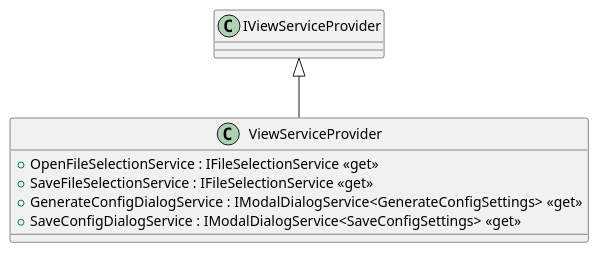
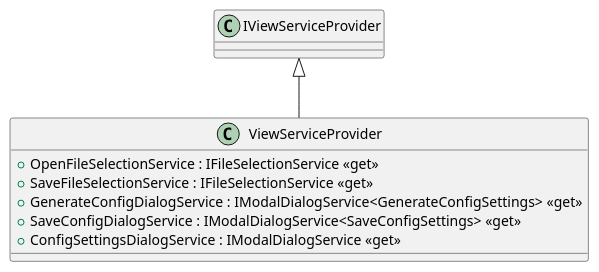
The diagram in Documents/uml/Services/ViewServiceProvider.puml (pierre3/CsvEditSharp), drawn with PlantUML before and after one commit. The commit also changed 9 other files, not shown here.

Commit message:
Update uml

```diff
--- a/Documents/uml/Services/ViewServiceProvider.puml
+++ b/Documents/uml/Services/ViewServiceProvider.puml
@@ -1,9 +1,10 @@
 @startuml
 class ViewServiceProvider {
     + OpenFileSelectionService : IFileSelectionService <<get>>
     + SaveFileSelectionService : IFileSelectionService <<get>>
     + GenerateConfigDialogService : IModalDialogService<GenerateConfigSettings> <<get>>
     + SaveConfigDialogService : IModalDialogService<SaveConfigSettings> <<get>>
+    + ConfigSettingsDialogService : IModalDialogService <<get>>
 }
 IViewServiceProvider <|-- ViewServiceProvider
 @enduml
```
